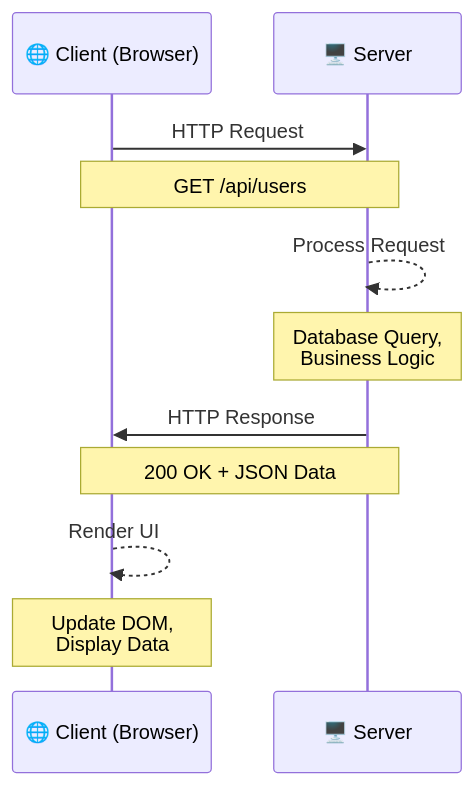
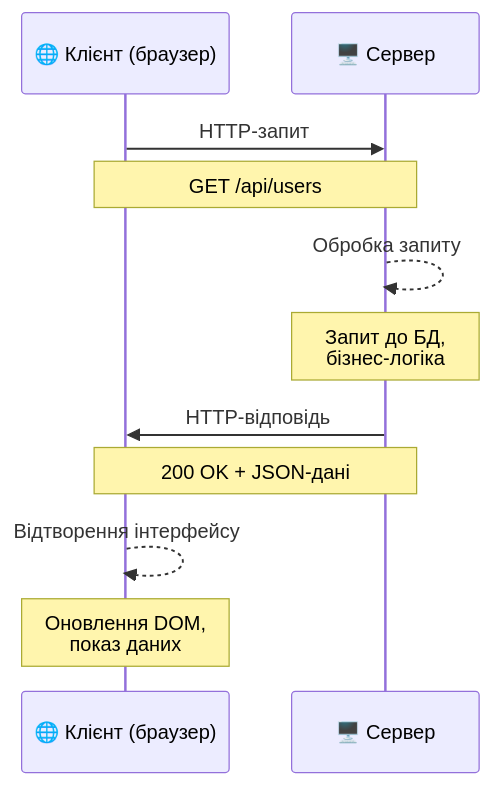
One commit to olroi421/course-web changed the fifth of 19 diagrams in lectures/lecture-01.md. Above: the diagram before and after it, drawn with Mermaid. The commit also changed other lines of this file and 4 other files, not shown here.

````diff
--- a/lectures/lecture-01.md
+++ b/lectures/lecture-01.md
@@ -246,17 +282,17 @@
 ```mermaid
 sequenceDiagram
-    participant C as 🌐 Client (Browser)
-    participant S as 🖥️ Server
+    participant C as 🌐 Клієнт (браузер)
+    participant S as 🖥️ Сервер
 
-    C->>S: HTTP Request
+    C->>S: HTTP-запит
     Note over C,S: GET /api/users
 
-    S-->>S: Process Request
-    Note over S: Database Query,<br/>Business Logic
+    S-->>S: Обробка запиту
+    Note over S: Запит до БД,<br/>бізнес-логіка
 
-    S->>C: HTTP Response
-    Note over C,S: 200 OK + JSON Data
+    S->>C: HTTP-відповідь
+    Note over C,S: 200 OK + JSON-дані
 
-    C-->>C: Render UI
-    Note over C: Update DOM,<br/>Display Data
+    C-->>C: Відтворення інтерфейсу
+    Note over C: Оновлення DOM,<br/>показ даних
 ```
````
